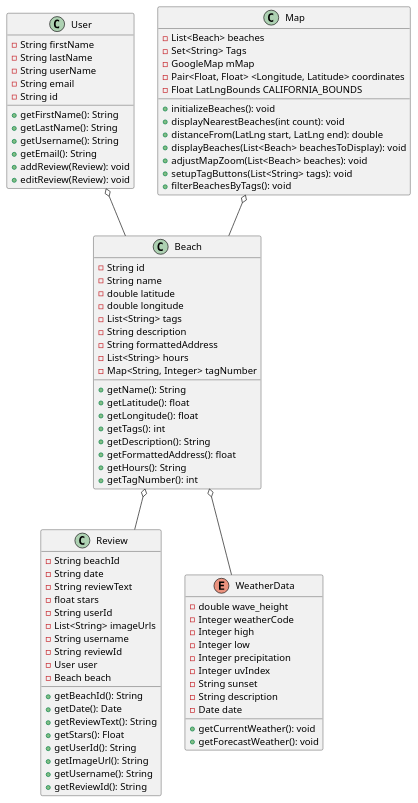
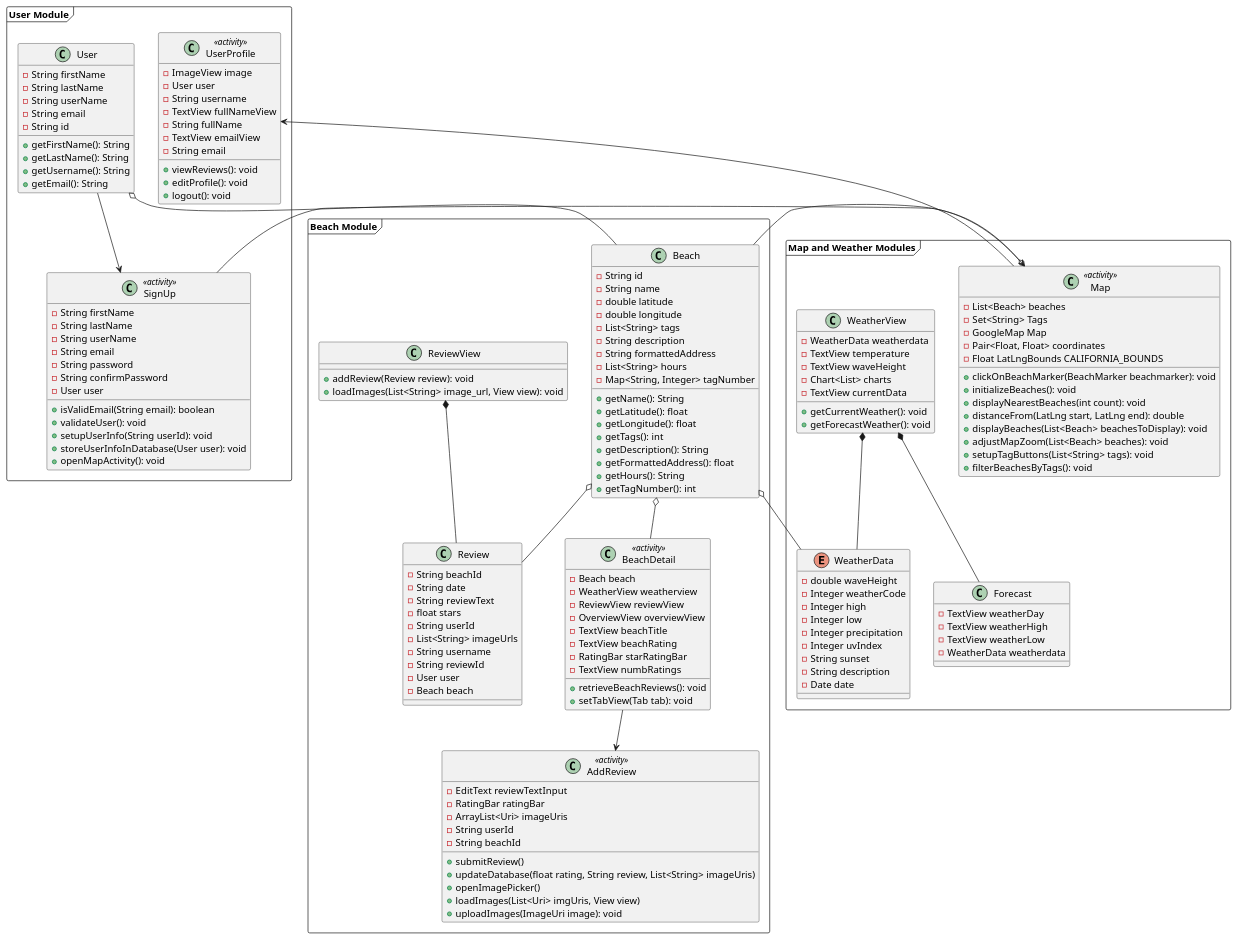
Before and after one commit to shermanyan/BeachPlease: the diagram in BeachPlease.puml, drawn with PlantUML. The commit also changed 4 other files, not shown here.

Commit message:
Created Sign up unit tests and modified SignUpActivity to reflect testing

```diff
--- a/BeachPlease.puml
+++ b/BeachPlease.puml
@@ -1,104 +1,178 @@
-@startuml
-''https://plantuml.com/sequence-diagram
-'
+@@startuml
+ ' Set the layout to left-to-right for a more horizontal flow
+top to bottom direction
 
+ ' Frame for grouping related classes
+ frame "Beach Module" {
+     class Beach {
+         - String id
+         - String name
+         - double latitude
+         - double longitude
+         - List<String> tags
+         - String description
+         - String formattedAddress
+         - List<String> hours
+         - Map<String, Integer> tagNumber
 
-    class Beach {
-        - String id
-        - String name
-        - double latitude
-        - double longitude
-        - List<String> tags
-        - String description
-        - String formattedAddress
-        - List<String> hours
-        - Map<String, Integer> tagNumber
+         + getName(): String
+         + getLatitude(): float
+         + getLongitude(): float
+         + getTags(): int
+         + getDescription(): String
+         + getFormattedAddress(): float
+         + getHours(): String
+         + getTagNumber(): int
+     }
 
-        + getName(): String
-        + getLatitude(): float
-        + getLongitude(): float
-        + getTags(): int
-        + getDescription(): String
-        + getFormattedAddress(): float
-        + getHours(): String
-        + getTagNumber(): int
+     class Review {
+         - String beachId
+         - String date
+         - String reviewText
+         - float stars
+         - String userId
+         - List<String> imageUrls
+         - String username
+         - String reviewId
+         - User user
+         - Beach beach
+     }
 
-    }
+     class ReviewView {
+         + addReview(Review review): void
+         + loadImages(List<String> image_url, View view): void
+     }
 
-    class User {
-        - String firstName
-        - String lastName
-        - String userName
-        - String email
-        - String id
+     class BeachDetail <<activity>> {
+         - Beach beach
+         - WeatherView weatherview
+         - ReviewView reviewView
+         - OverviewView overviewView
+         - TextView beachTitle
+         - TextView beachRating
+         - RatingBar starRatingBar
+         - TextView numbRatings
+         + retrieveBeachReviews(): void
+         + setTabView(Tab tab): void
+     }
 
-        + getFirstName(): String
-        + getLastName(): String
-        + getUsername(): String
-        + getEmail(): String
-        + addReview(Review): void
-        + editReview(Review): void
-    }
+     class AddReview <<activity>> {
+         - EditText reviewTextInput
+         - RatingBar ratingBar
+         - ArrayList<Uri> imageUris
+         - String userId
+         - String beachId
+         + submitReview()
+         + updateDatabase(float rating, String review, List<String> imageUris)
+         + openImagePicker()
+         + loadImages(List<Uri> imgUris, View view)
+         + uploadImages(ImageUri image): void
+     }
+ }
 
-    class Review {
-        - String beachId
-        - String date
-        - String reviewText
-        - float stars
-        - String userId
-        - List<String> imageUrls
-        - String username
-        - String reviewId
-        - User user
-        - Beach beach
+ frame "User Module" {
+     class User {
+         - String firstName
+         - String lastName
+         - String userName
+         - String email
+         - String id
+         + getFirstName(): String
+         + getLastName(): String
+         + getUsername(): String
+         + getEmail(): String
+     }
 
-        + getBeachId(): String
-        + getDate(): Date
-        + getReviewText(): String
-        + getStars(): Float
-        + getUserId(): String
-        + getImageUrl(): String
-        + getUsername(): String
-        + getReviewId(): String
-    }
+     class UserProfile <<activity>> {
+         - ImageView image
+         - User user
+         - String username
+         - TextView fullNameView
+         - String fullName
+         - TextView emailView
+         - String email
+         + viewReviews(): void
+         + editProfile(): void
+         + logout(): void
+     }
 
-    class Map{
+     class SignUp <<activity>> {
+         - String firstName
+         - String lastName
+         - String userName
+         - String email
+         - String password
+         - String confirmPassword
+         - User user
+         + isValidEmail(String email): boolean
+         + validateUser(): void
+         + setupUserInfo(String userId): void
+         + storeUserInfoInDatabase(User user): void
+         + openMapActivity(): void
+     }
+ }
 
-        - List<Beach> beaches
-        - Set<String> Tags
-        - GoogleMap mMap
-        - Pair<Float, Float> <Longitude, Latitude> coordinates
-        - Float LatLngBounds CALIFORNIA_BOUNDS
+ frame "Map and Weather Modules" {
+     class Map <<activity>> {
+         - List<Beach> beaches
+         - Set<String> Tags
+         - GoogleMap Map
+         - Pair<Float, Float> coordinates
+         - Float LatLngBounds CALIFORNIA_BOUNDS
+         + clickOnBeachMarker(BeachMarker beachmarker): void
+         + initializeBeaches(): void
+         + displayNearestBeaches(int count): void
+         + distanceFrom(LatLng start, LatLng end): double
+         + displayBeaches(List<Beach> beachesToDisplay): void
+         + adjustMapZoom(List<Beach> beaches): void
+         + setupTagButtons(List<String> tags): void
+         + filterBeachesByTags(): void
+     }
 
-        + initializeBeaches(): void
-        + displayNearestBeaches(int count): void
-        + distanceFrom(LatLng start, LatLng end): double
-        + displayBeaches(List<Beach> beachesToDisplay): void
-        + adjustMapZoom(List<Beach> beaches): void
-        + setupTagButtons(List<String> tags): void
-        + filterBeachesByTags(): void
-    }
+     enum WeatherData {
+         - double waveHeight
+         - Integer weatherCode
+         - Integer high
+         - Integer low
+         - Integer precipitation
+         - Integer uvIndex
+         - String sunset
+         - String description
+         - Date date
+     }
 
-    enum WeatherData {
-        - double wave_height
-        - Integer weatherCode
-        - Integer high
-        - Integer low
-        - Integer precipitation
-        - Integer uvIndex
-        - String sunset
-        - String description
-        - Date date
+     class Forecast {
+         - TextView weatherDay
+         - TextView weatherHigh
+         - TextView weatherLow
+         - WeatherData weatherdata
+     }
 
-        + getCurrentWeather(): void
-        + getForecastWeather(): void
-    }
+     class WeatherView {
+         - WeatherData weatherdata
+         - TextView temperature
+         - TextView waveHeight
+         - Chart<List> charts
+         - TextView currentData
+         + getCurrentWeather(): void
+         + getForecastWeather(): void
+     }
+ }
 
+ ' Relationships and Associations
+ Map o-- Beach
+ User o-- Beach
+ Beach o-- WeatherData
+ Beach o-- Review
 
+ WeatherView *-- Forecast
+ WeatherView *-- WeatherData
+ ReviewView *-- Review
 
-Map o-- Beach
-User o-- Beach
-Beach o-- WeatherData
-Beach o-- Review
+ SignUp --> Map
+ Beach o-- BeachDetail
+ User --> SignUp
+ Map --> UserProfile
+ BeachDetail --> AddReview
 
-@enduml
+ @enduml
```
